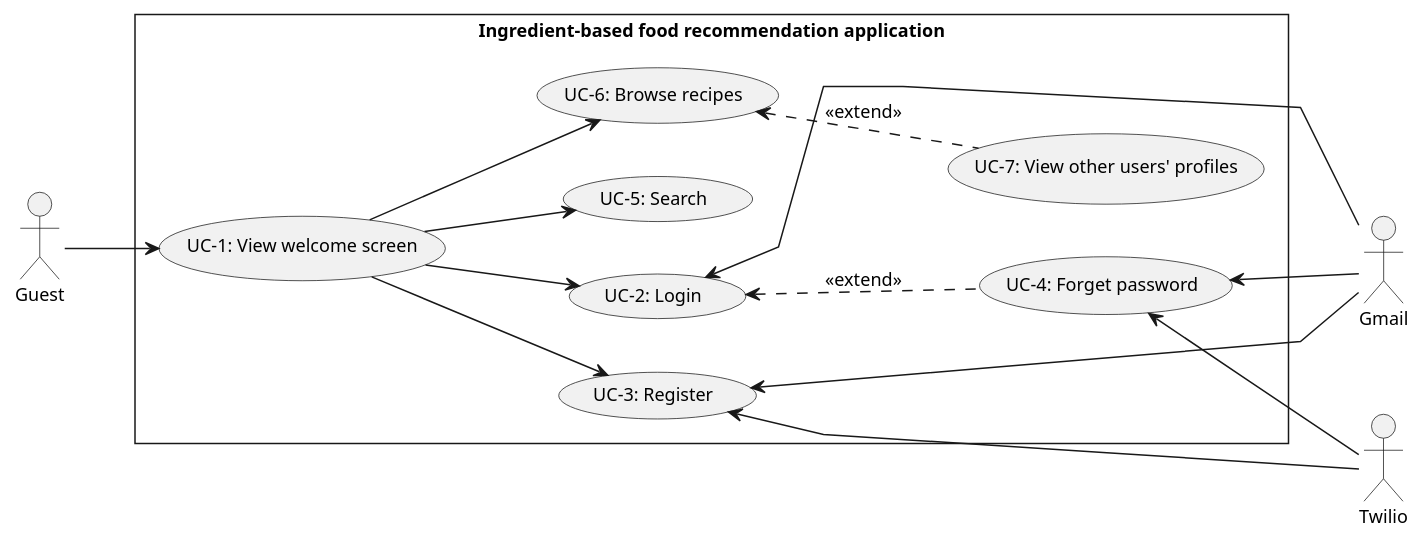
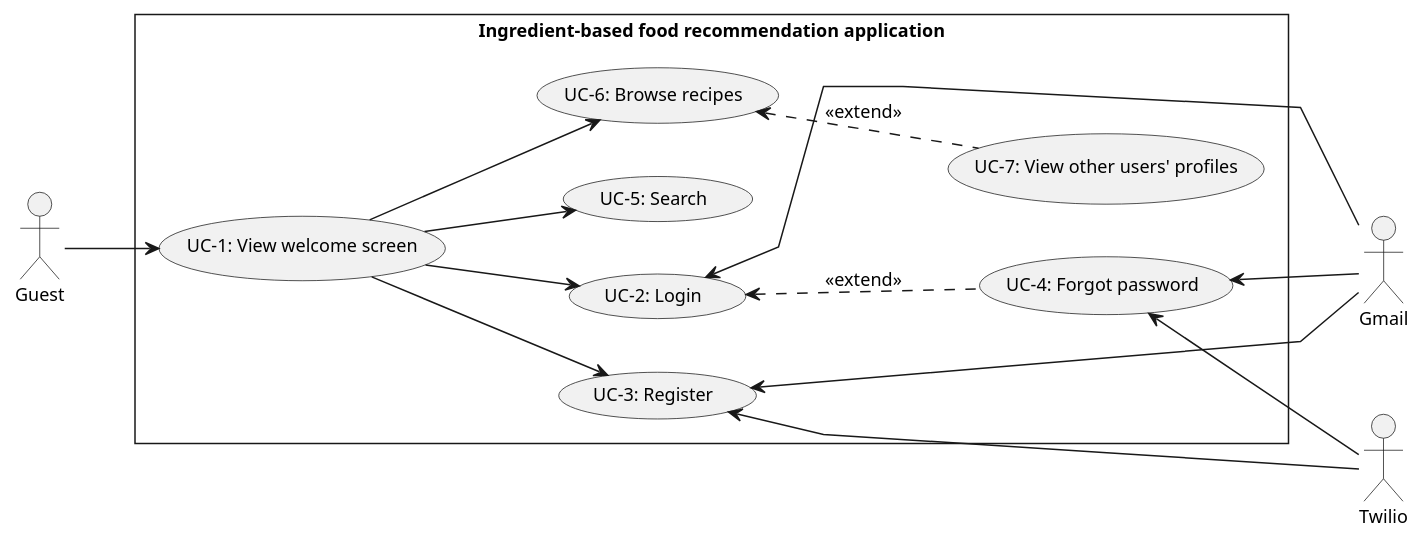
Before and after one commit to Carl-Johnsons/tastopia: the diagram in doc/SRS/Usecase/GuestUsecase/GuestUsecase.plantuml, drawn with PlantUML. The commit also changed 5 other files, not shown here.

```diff
--- a/doc/SRS/Usecase/GuestUsecase/GuestUsecase.plantuml
+++ b/doc/SRS/Usecase/GuestUsecase/GuestUsecase.plantuml
@@ -1,34 +1,34 @@
 @startuml GuestUsecase
 skinparam style strictuml
 skinparam monochrome true
 skinparam linetype polyline
 skinparam defaultFontSize 12
 left to right direction
 actor "Guest" as guest
 actor "Gmail" as gmail
 actor "Twilio"as twilio
 
 rectangle Ingredient-based<U+0020>food<U+0020>recommendation<U+0020>application {
     usecase "UC-1: View welcome screen" as ucViewWelcome
     usecase "UC-2: Login" as ucLogin
     usecase "UC-3: Register" as ucRegister
-    usecase "UC-4: Forget password" as ucForgetPassword
+    usecase "UC-4: Forgot password" as ucForgotPassword
     usecase "UC-5: Search" as ucSearch
     usecase "UC-6: Browse recipes" as ucBrowseRecipes
     usecase "UC-7: View other users' profiles" as ucViewUSProfile
 }
 
 guest --> ucViewWelcome
     ucViewWelcome --> ucLogin
-        ucLogin <.. ucForgetPassword : <<extend>>
+        ucLogin <.. ucForgotPassword : <<extend>>
     ucViewWelcome --> ucRegister
     ucViewWelcome --> ucSearch
     ucViewWelcome --> ucBrowseRecipes
         ucBrowseRecipes <.. ucViewUSProfile : <<extend>>
 
 gmail -up-> ucLogin
-twilio -up-> ucForgetPassword
-gmail -up-> ucForgetPassword
+twilio -up-> ucForgotPassword
+gmail -up-> ucForgotPassword
 twilio -up-> ucRegister
 gmail -up-> ucRegister
 @enduml
```
